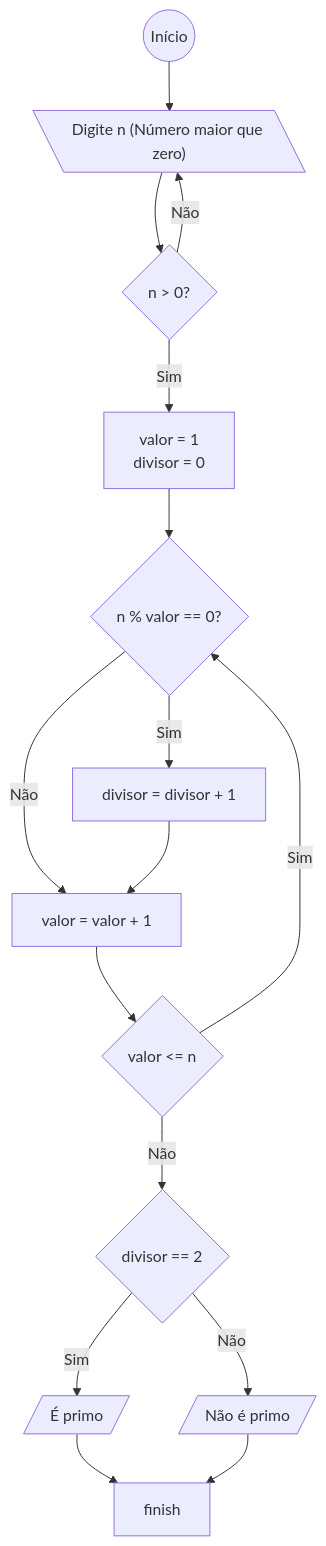
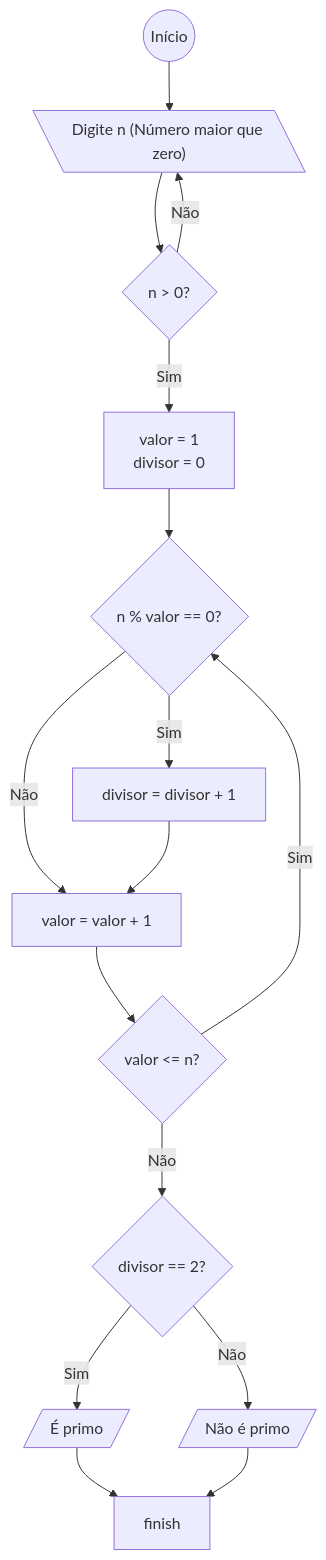
One commit to lucasmiguelleite/Lista_Caina changed the tenth of 10 diagrams in LP_Lista_01/README.md. Above: the diagram before and after it, drawn with Mermaid. The commit also changed other lines of this file, not shown here.

Commit message:
:books: docs: lista 01 exercício 08 e exercício 10 corrigido

````diff
--- a/LP_Lista_01/README.md
+++ b/LP_Lista_01/README.md
@@ -180,21 +180,21 @@
    ```mermaid
    flowchart TD
       start(( Início )) --> input[\" Digite n (Número maior que zero) "\]
       input --> if{ n > 0? }
       if --> | Sim | A[
          valor = 1
          divisor = 0
       ]
       if --> | Não | input
       A --> if2{ n % valor == 0? }
       if2 --> | Sim | B[ divisor = divisor + 1 ]
       if2 --> | Não | C[ valor = valor + 1 ]
       B --> C
-      C --> if3{ valor <= n }
+      C --> if3{ valor <= n? }
       if3 --> | Sim | if2
-      if3 --> | Não | if4{ divisor == 2 }
+      if3 --> | Não | if4{ divisor == 2? }
       if4 --> | Sim | D[/ É primo /]
       if4 --> | Não | E[/ Não é primo /]
       D --> finish
       E --> finish
    ```
````
